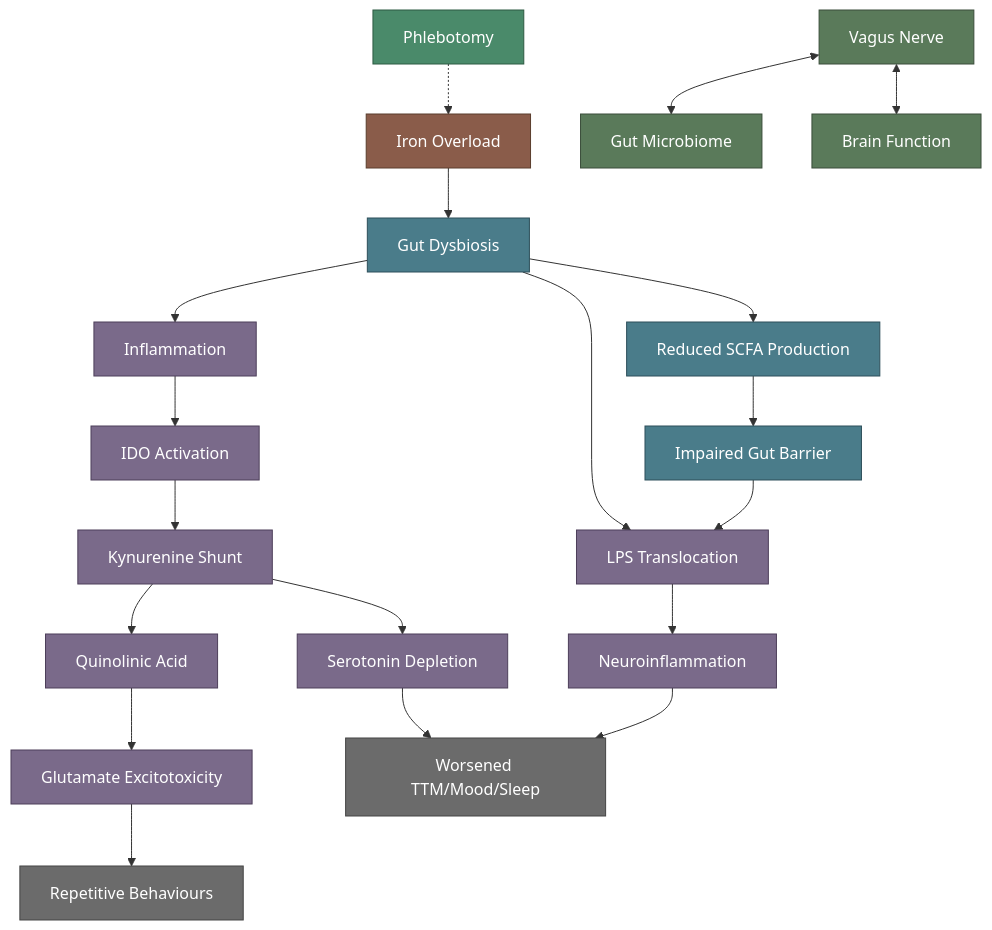
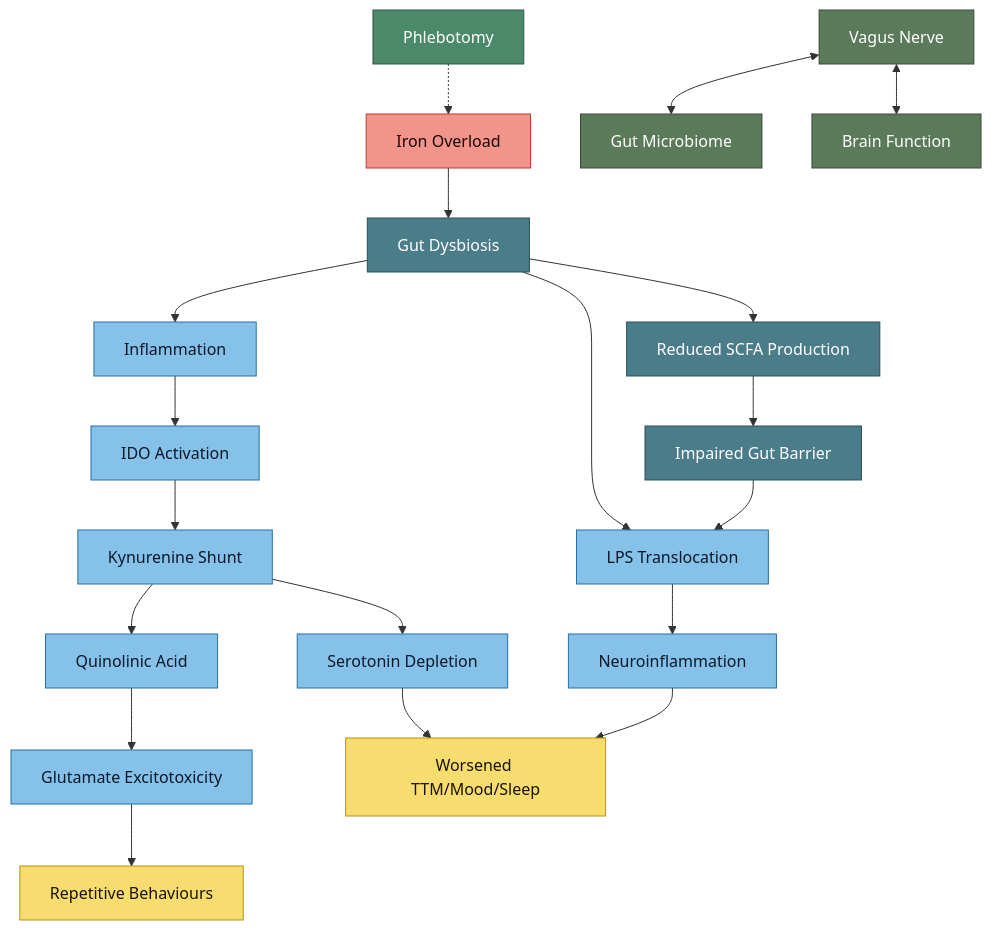
Before and after one commit to Aegis-commits/ag-hfe-adhd-asd-research: the diagram in neurodevelopment/Gut-Brain Axis and Neurodevelopment.md, drawn with Mermaid. The commit also changed 39 other files, not shown here.

First line of the commit message:
docs(vault): standardise diagram colours for light-mode readability, add MOC quick nav

````diff
--- a/neurodevelopment/Gut-Brain Axis and Neurodevelopment.md
+++ b/neurodevelopment/Gut-Brain Axis and Neurodevelopment.md
@@ -32,42 +32,42 @@
 ```mermaid
 flowchart TD
     A[Iron Overload] --> B[Gut Dysbiosis]
 
     B --> C[Inflammation]
     B --> D[LPS Translocation]
     B --> E[Reduced SCFA Production]
 
     C --> F[IDO Activation]
     F --> G[Kynurenine Shunt]
     G --> H[Serotonin Depletion]
     G --> I[Quinolinic Acid]
     I --> J[Glutamate Excitotoxicity]
 
     D --> K[Neuroinflammation]
 
     E --> L[Impaired Gut Barrier]
     L --> D
 
     H --> M[Worsened TTM/Mood/Sleep]
     K --> M
     J --> N[Repetitive Behaviours]
 
     V[Vagus Nerve] <--> O[Gut Microbiome]
     V <--> Q[Brain Function]
 
     P[Phlebotomy] -.-> A
 
-    classDef iron fill:#8a5c4a,stroke:#5a3d2d,color:#fff
+    classDef iron fill:#f1948a,stroke:#c0392b,color:#1a0505
     classDef gut fill:#4a7c8a,stroke:#2d4f5a,color:#fff
-    classDef pathway fill:#7a6a8a,stroke:#4d3f5a,color:#fff
-    classDef outcome fill:#6b6b6b,stroke:#444,color:#fff
+    classDef pathway fill:#85c1e9,stroke:#2471a3,color:#0a1929
+    classDef outcome fill:#f7dc6f,stroke:#b7950b,color:#1a1400
     classDef vagus fill:#5a7a5a,stroke:#3a4d3a,color:#fff
     classDef therapy fill:#4a8a6a,stroke:#2d5a42,color:#fff
 
     class A iron
     class B,E,L gut
     class C,D,F,G,H,I,J,K pathway
     class M,N outcome
     class V,O,Q vagus
     class P therapy
 ```
````
